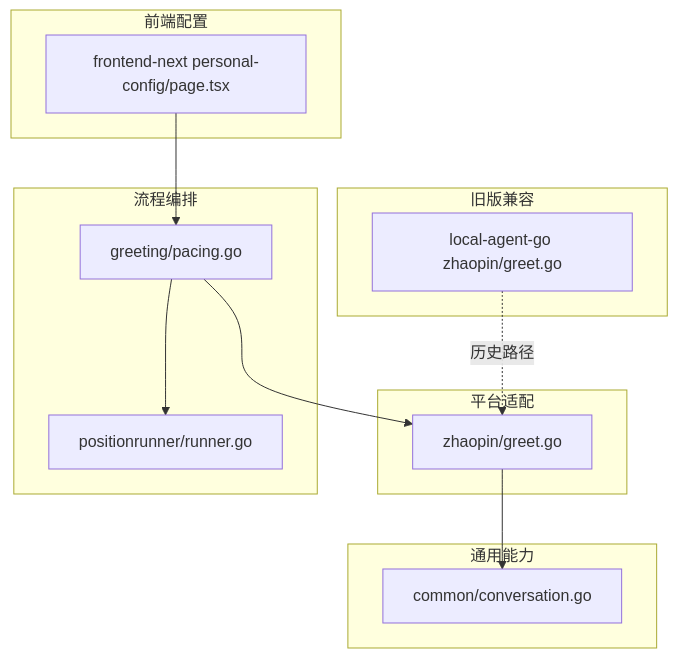
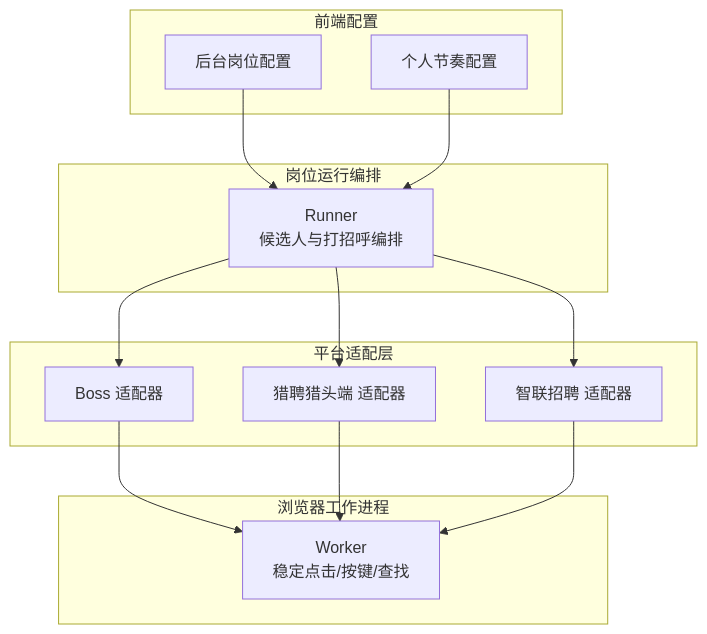
One commit to alvinwangzi/goodhr changed the first of 6 diagrams in .qoder/repowiki/zh/content/本地执行器/平台适配器/前程无忧适配器/自动打招呼.md. Above: the diagram before and after it, drawn with Mermaid. The commit also changed other lines of this file and 149 other files, not shown here.

````diff
--- a/.qoder/repowiki/zh/content/本地执行器/平台适配器/前程无忧适配器/自动打招呼.md
+++ b/.qoder/repowiki/zh/content/本地执行器/平台适配器/前程无忧适配器/自动打招呼.md
@@ -36,24 +45,26 @@
 ```mermaid
 graph TB
-subgraph "平台适配"
-ZG["zhaopin/greet.go"]
+subgraph "岗位运行编排"
+Runner["Runner<br/>候选人与打招呼编排"]
 end
-subgraph "通用能力"
-CONV["common/conversation.go"]
+subgraph "平台适配层"
+Boss["Boss 适配器"]
+Hliepin["猎聘猎头端 适配器"]
+Zhaopin["智联招聘 适配器"]
 end
-subgraph "流程编排"
-PACE["greeting/pacing.go"]
-RUNNER["positionrunner/runner.go"]
+subgraph "浏览器工作进程"
+Worker["Worker<br/>稳定点击/按键/查找"]
 end
 subgraph "前端配置"
-CFG["frontend-next personal-config/page.tsx"]
+AdminPositions["后台岗位配置"]
+PersonalConfig["个人节奏配置"]
 end
-subgraph "旧版兼容"
-OLDZG["local-agent-go zhaopin/greet.go"]
-end
-ZG --> CONV
-PACE --> ZG
-PACE --> RUNNER
-CFG --> PACE
-OLDZG -.->|历史路径| ZG
+AdminPositions --> Runner
+PersonalConfig --> Runner
+Runner --> Boss
+Runner --> Hliepin
+Runner --> Zhaopin
+Boss --> Worker
+Hliepin --> Worker
+Zhaopin --> Worker
 ```
````
